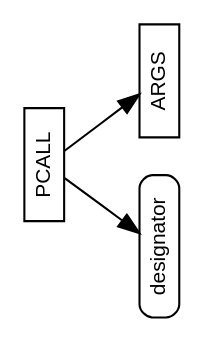
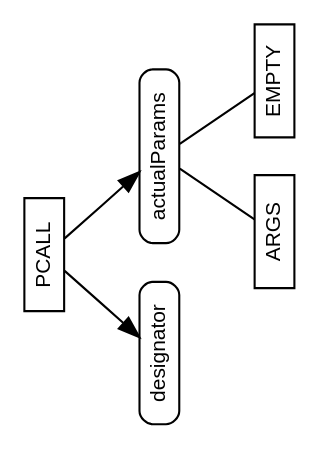
One commit to m2sf/M2-AST-Node-Diagrams changed the diagram in pcall.dot. Above: the diagram before and after it, drawn with Graphviz.

Commit message:
replaced

```diff
--- a/pcall.dot
+++ b/pcall.dot
@@ -1,62 +1,68 @@
 /* AST node diagram generator script collection for M2C, M2J and M2Sharp.
  *
  * Copyright (c) 2016 The Modula-2 Software Foundation
  *
  * Author & Maintainer: Benjamin Kowarsch <org.m2sf>
  *
  * @synopsis
  *
  * The M2C, M2J and M2Sharp compilers are multi-dialect Modula-2 translators
  * and compilers respectively targeting C99, Java/JVM and C#/CLR, sharing a
  * common abstract syntax tree (AST) specification.
  *
  * The AST node diagram generator script collection consists of Graphviz DOT
  * descriptions for all AST node types of the common AST specification.
  *
  * The Graphviz dot utility is required to generate the diagrams. 
  * It may be obtained from http://www.graphviz.org/download.php.
  *
  * @repository
  *
  * https://github.com/m2sf/m2-ast-node-diagrams
  *
  * @file
  *
  * pcall.dot
  *
  * PCALL node diagram.
  *
  * Usage: $ dot pcall.dot -Tps > pcall.ps
  *
  * @license
  *
  * This is free software: you can redistribute and/or modify it under the
  * terms of the GNU Lesser General Public License (LGPL) either version 2.1
  * or at your choice version 3 as published by the Free Software Foundation.
  * However, you may not alter the copyright, author and license information.
  *
  * It is distributed in the hope that it will be useful,  but WITHOUT
  * ANY WARRANTY; without even the implied warranty of MERCHANTABILITY or
  * FITNESS FOR A PARTICULAR PURPOSE.  Read the license for more details.
  *
  * You should have received a copy of the GNU Lesser General Public License.
  * If not, see <https://www.gnu.org/copyleft/lesser.html>.
  *
  * NB: Components in the domain part of email addresses are in reverse order.
  */
 
 /*** PCALL Node ***/
 
 digraph PCALL {
   graph [orientation=landscape,fontname=helvetica];
   node [fontname=helvetica,fontsize=10,shape=box,height=0.25];
   
   node [style=solid];
   edge [arrowhead=normal];
   
   PCALL -> { id0 id1 };
   id0 [label="designator",style=rounded];
-  id1 [label="ARGS"];
+  id1 [label="actualParams",style=rounded];
+  
+  edge [arrowhead=none];
+  
+  id1 -> { id2 id3 };
+  id2 [label="ARGS"];
+  id3 [label="EMPTY"];
 }
 
 /* END OF FILE */
```
